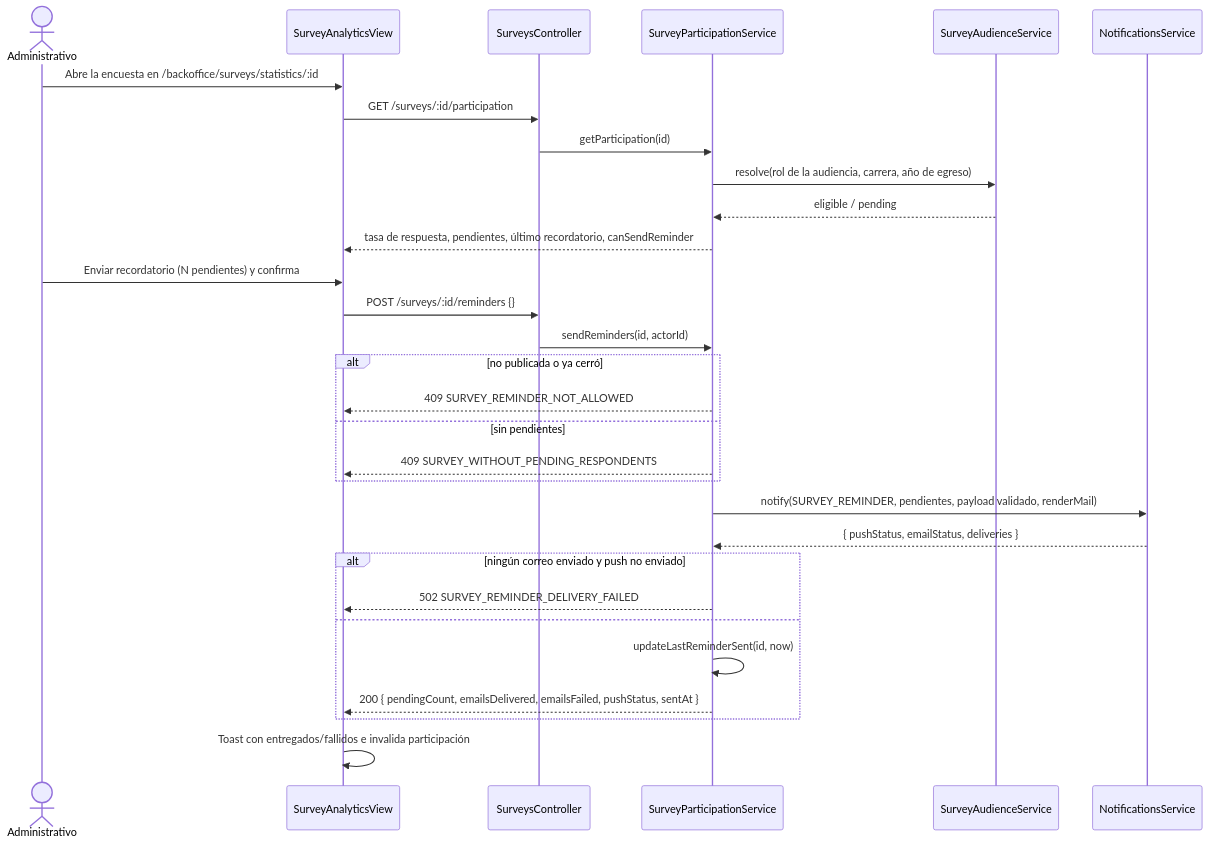
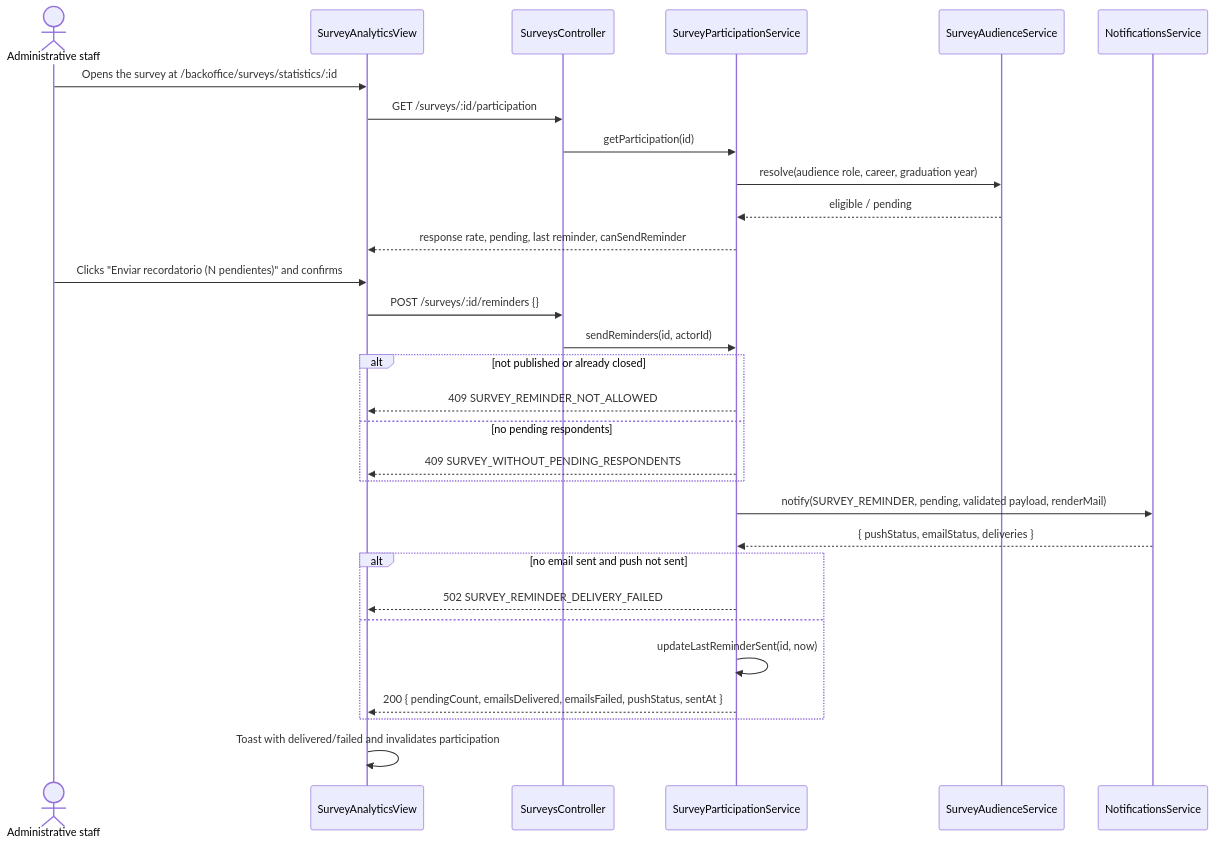
One commit to UMSSY/umssy-app changed the second of 4 diagrams in docs/surveys/README.md. Above: the diagram before and after it, drawn with Mermaid. The commit also changed other lines of this file and 8 other files, not shown here.

````diff
--- a/docs/surveys/README.md
+++ b/docs/surveys/README.md
@@ -79,32 +79,32 @@
 ```mermaid
 sequenceDiagram
-  actor A as Administrativo
+  actor A as Administrative staff
   participant V as SurveyAnalyticsView
   participant C as SurveysController
   participant P as SurveyParticipationService
   participant AU as SurveyAudienceService
   participant N as NotificationsService
-  A->>V: Abre la encuesta en /backoffice/surveys/statistics/:id
+  A->>V: Opens the survey at /backoffice/surveys/statistics/:id
   V->>C: GET /surveys/:id/participation
   C->>P: getParticipation(id)
-  P->>AU: resolve(rol de la audiencia, carrera, año de egreso)
+  P->>AU: resolve(audience role, career, graduation year)
   AU-->>P: eligible / pending
-  P-->>V: tasa de respuesta, pendientes, último recordatorio, canSendReminder
-  A->>V: Enviar recordatorio (N pendientes) y confirma
+  P-->>V: response rate, pending, last reminder, canSendReminder
+  A->>V: Clicks "Enviar recordatorio (N pendientes)" and confirms
   V->>C: POST /surveys/:id/reminders {}
   C->>P: sendReminders(id, actorId)
-  alt no publicada o ya cerró
+  alt not published or already closed
     P-->>V: 409 SURVEY_REMINDER_NOT_ALLOWED
-  else sin pendientes
+  else no pending respondents
     P-->>V: 409 SURVEY_WITHOUT_PENDING_RESPONDENTS
   end
-  P->>N: notify(SURVEY_REMINDER, pendientes, payload validado, renderMail)
+  P->>N: notify(SURVEY_REMINDER, pending, validated payload, renderMail)
   N-->>P: { pushStatus, emailStatus, deliveries }
-  alt ningún correo enviado y push no enviado
+  alt no email sent and push not sent
     P-->>V: 502 SURVEY_REMINDER_DELIVERY_FAILED
   else
     P->>P: updateLastReminderSent(id, now)
     P-->>V: 200 { pendingCount, emailsDelivered, emailsFailed, pushStatus, sentAt }
   end
-  V->>V: Toast con entregados/fallidos e invalida participación
+  V->>V: Toast with delivered/failed and invalidates participation
 ```
````
